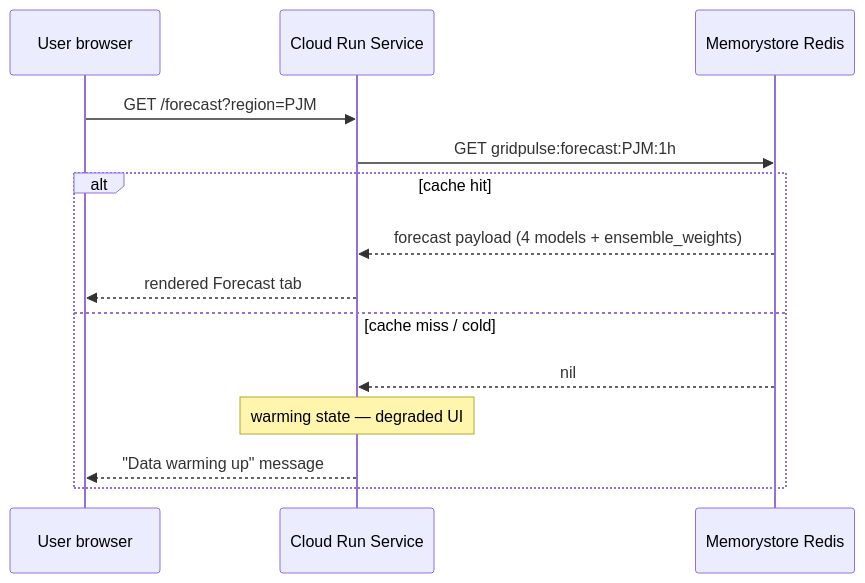
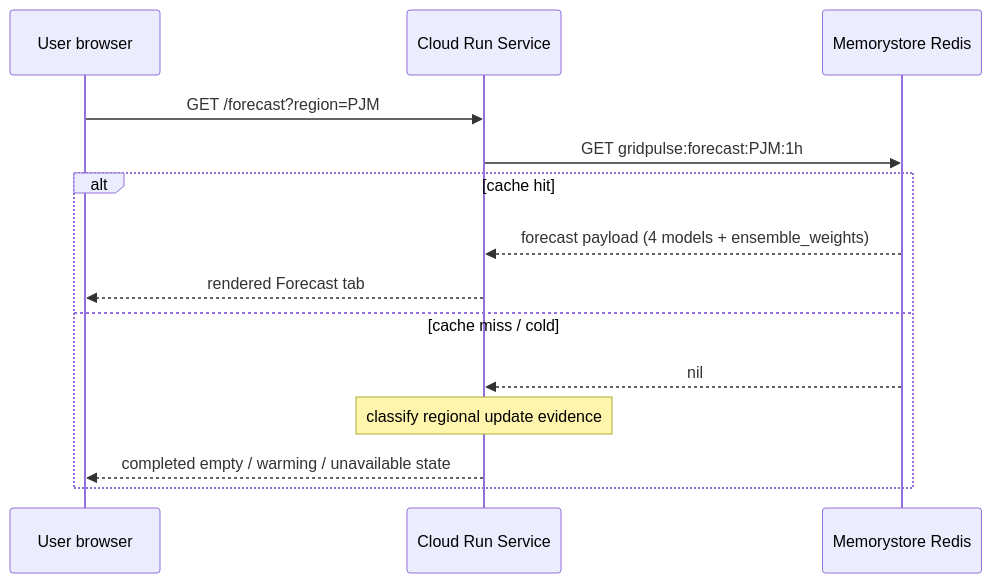
The second of 5 diagrams in docs/HOW_IT_WORKS.md (kristenmartino/gridpulse), drawn with Mermaid before and after one commit. The commit also changed other lines of this file and 79 other files, not shown here.

````diff
--- a/docs/HOW_IT_WORKS.md
+++ b/docs/HOW_IT_WORKS.md
@@ -150,16 +150,16 @@
 ```mermaid
 sequenceDiagram
     participant U as User browser
     participant W as Cloud Run Service
     participant R as Memorystore Redis
     U->>W: GET /forecast?region=PJM
     W->>R: GET gridpulse:forecast:PJM:1h
     alt cache hit
         R-->>W: forecast payload (4 models + ensemble_weights)
         W-->>U: rendered Forecast tab
     else cache miss / cold
         R-->>W: nil
-        Note over W: warming state — degraded UI
-        W-->>U: "Data warming up" message
+        Note over W: classify regional update evidence
+        W-->>U: completed empty / warming / unavailable state
     end
 ```
````
